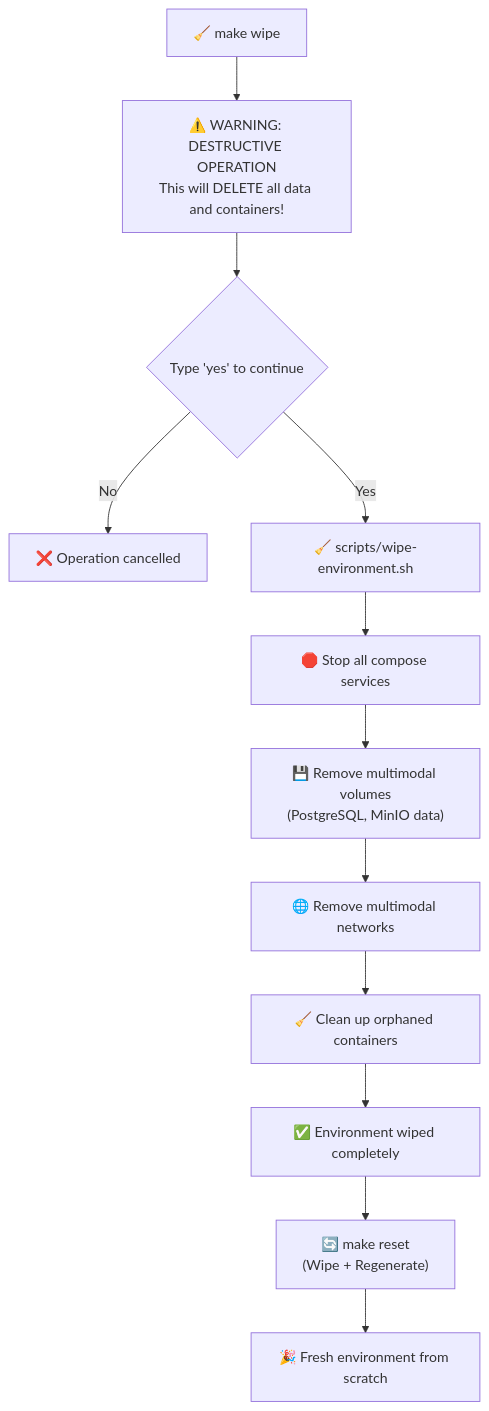
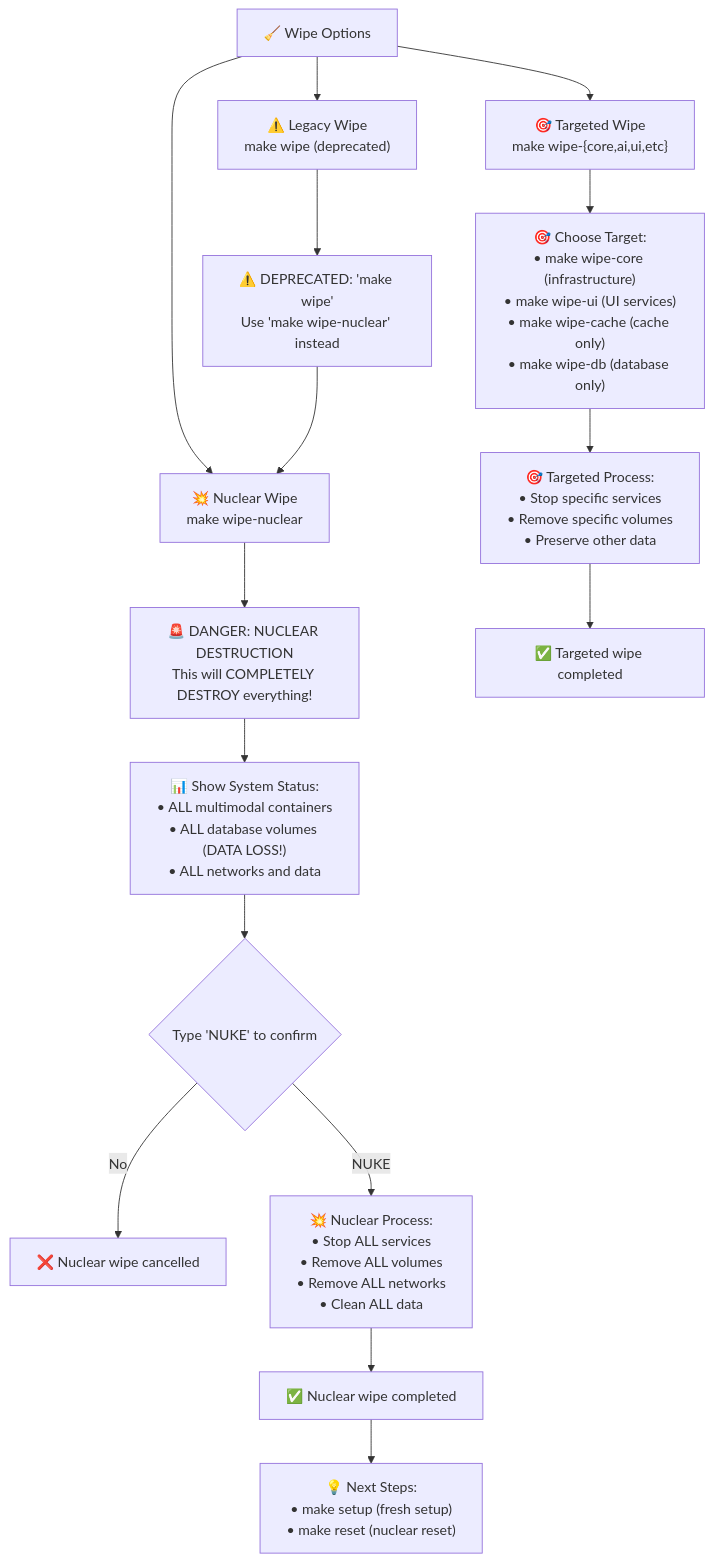
One commit to markwoitaszek/llm-multimodal-stack changed the fourth of 8 diagrams in ENHANCED_WORKFLOW_DIAGRAM.md. Above: the diagram before and after it, drawn with Mermaid. The commit also changed other lines of this file and 10 other files, not shown here.

First line of the commit message:
feat: Implement nuclear wipe system and clean up backup files

````diff
--- a/ENHANCED_WORKFLOW_DIAGRAM.md
+++ b/ENHANCED_WORKFLOW_DIAGRAM.md
@@ -285,17 +294,23 @@
 ```mermaid
 flowchart TD
-    WipeRequest["🧹 make wipe"] --> Warning["⚠️ WARNING: DESTRUCTIVE OPERATION<br/>This will DELETE all data and containers!"]
-    Warning --> Confirmation{"Type 'yes' to continue"}
+    WipeChoice["🧹 Wipe Options"] --> NuclearWipe["💥 Nuclear Wipe<br/>make wipe-nuclear"]
+    WipeChoice --> TargetedWipe["🎯 Targeted Wipe<br/>make wipe-{core,ai,ui,etc}"]
+    WipeChoice --> LegacyWipe["⚠️ Legacy Wipe<br/>make wipe (deprecated)"]
     
-    Confirmation -->|No| Cancel["❌ Operation cancelled"]
-    Confirmation -->|Yes| WipeScript["🧹 scripts/wipe-environment.sh"]
+    NuclearWipe --> NuclearWarning["🚨 DANGER: NUCLEAR DESTRUCTION<br/>This will COMPLETELY DESTROY everything!"]
+    NuclearWarning --> NuclearStatus["📊 Show System Status:<br/>• ALL multimodal containers<br/>• ALL database volumes (DATA LOSS!)<br/>• ALL networks and data"]
+    NuclearStatus --> NuclearConfirmation{"Type 'NUKE' to confirm"}
     
-    WipeScript --> StopContainers["🛑 Stop all compose services"]
-    StopContainers --> RemoveVolumes["💾 Remove multimodal volumes<br/>(PostgreSQL, MinIO data)"]
-    RemoveVolumes --> RemoveNetworks["🌐 Remove multimodal networks"]
-    RemoveNetworks --> CleanupOrphans["🧹 Clean up orphaned containers"]
-    CleanupOrphans --> WipeComplete["✅ Environment wiped completely"]
+    NuclearConfirmation -->|No| NuclearCancel["❌ Nuclear wipe cancelled"]
+    NuclearConfirmation -->|NUKE| NuclearProcess["💥 Nuclear Process:<br/>• Stop ALL services<br/>• Remove ALL volumes<br/>• Remove ALL networks<br/>• Clean ALL data"]
     
-    WipeComplete --> ResetOption["🔄 make reset<br/>(Wipe + Regenerate)"]
-    ResetOption --> FreshSetup["🎉 Fresh environment from scratch"]
+    NuclearProcess --> NuclearComplete["✅ Nuclear wipe completed"]
+    NuclearComplete --> NuclearNextSteps["💡 Next Steps:<br/>• make setup (fresh setup)<br/>• make reset (nuclear reset)"]
+    
+    TargetedWipe --> TargetedOptions["🎯 Choose Target:<br/>• make wipe-core (infrastructure)<br/>• make wipe-ui (UI services)<br/>• make wipe-cache (cache only)<br/>• make wipe-db (database only)"]
+    TargetedOptions --> TargetedProcess["🎯 Targeted Process:<br/>• Stop specific services<br/>• Remove specific volumes<br/>• Preserve other data"]
+    TargetedProcess --> TargetedComplete["✅ Targeted wipe completed"]
+    
+    LegacyWipe --> LegacyWarning["⚠️ DEPRECATED: 'make wipe'<br/>Use 'make wipe-nuclear' instead"]
+    LegacyWarning --> NuclearWipe
 ```
````
